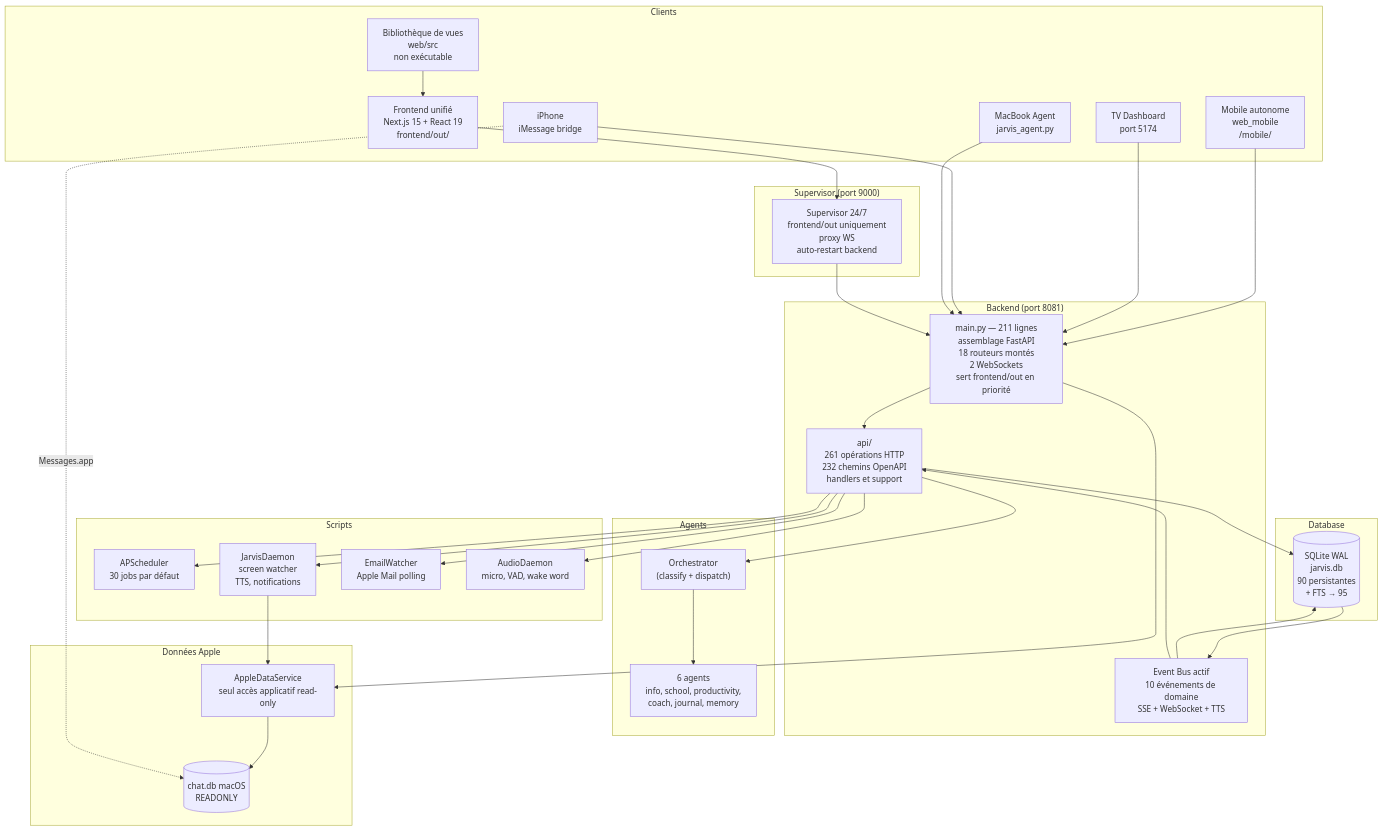
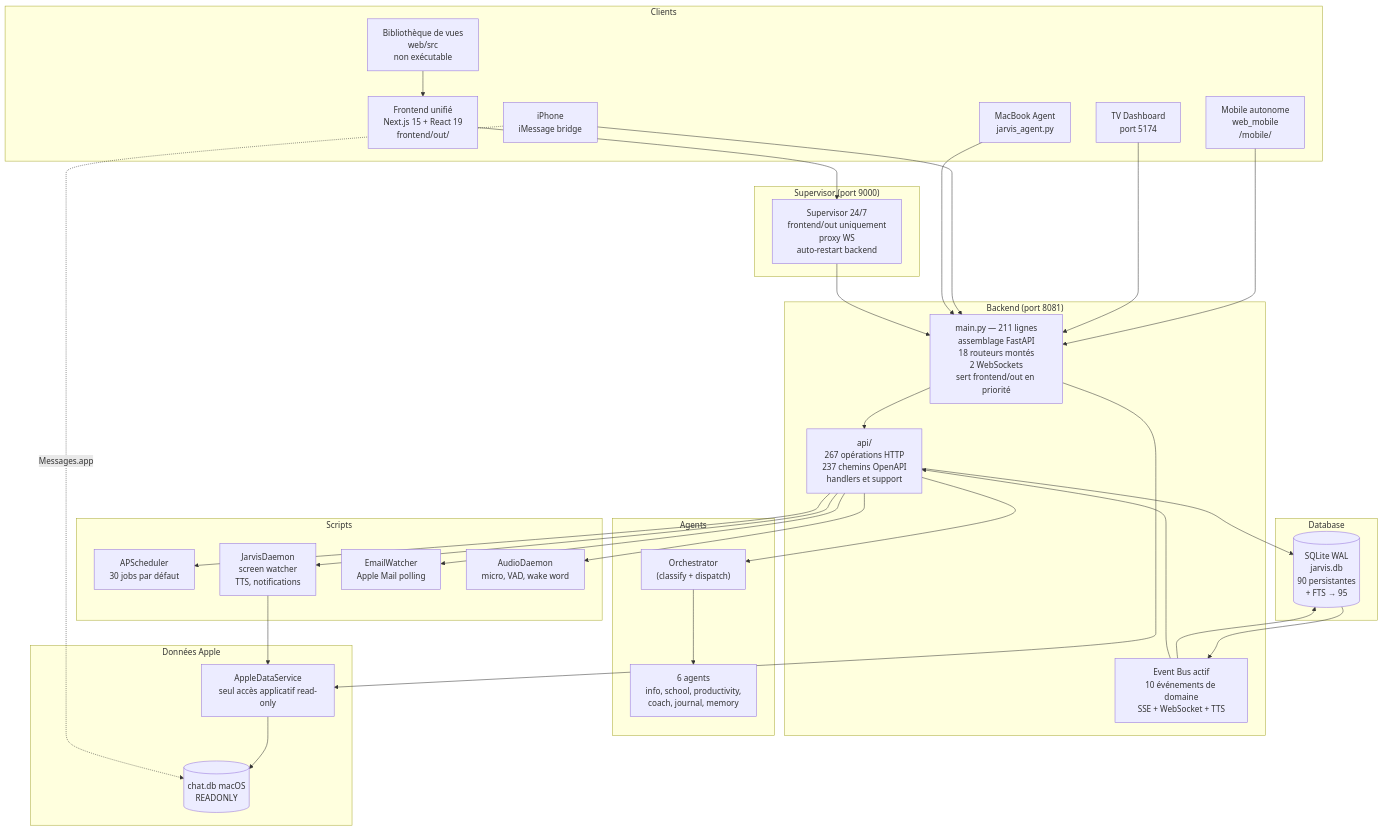
Before and after one commit to AVTAVANTTOUT2/JarvisAPI: the first of 2 diagrams in Architecture/INDEX.md, drawn with Mermaid. The commit also changed other lines of this file and 26 other files, not shown here.

````diff
--- a/Architecture/INDEX.md
+++ b/Architecture/INDEX.md
@@ -113,65 +113,65 @@
 ```mermaid
 graph TB
     subgraph "Clients"
         FRONT["Frontend unifié<br/>Next.js 15 + React 19<br/>frontend/out/"]
         VIEWS["Bibliothèque de vues<br/>web/src<br/>non exécutable"]
         MOBILE["Mobile autonome<br/>web_mobile<br/>/mobile/"]
         TV["TV Dashboard<br/>port 5174"]
         IMESSAGE["iPhone<br/>iMessage bridge"]
         AGENT["MacBook Agent<br/>jarvis_agent.py"]
     end
 
     subgraph "Supervisor (port 9000)"
         SUP["Supervisor 24/7<br/>frontend/out uniquement<br/>proxy WS<br/>auto-restart backend"]
     end
 
     subgraph "Backend (port 8081)"
         MAIN["main.py — 211 lignes<br/>assemblage FastAPI<br/>18 routeurs montés<br/>2 WebSockets<br/>sert frontend/out en priorité"]
-        API["api/<br/>261 opérations HTTP<br/>232 chemins OpenAPI<br/>handlers et support"]
+        API["api/<br/>267 opérations HTTP<br/>237 chemins OpenAPI<br/>handlers et support"]
         BUS["Event Bus actif<br/>10 événements de domaine<br/>SSE + WebSocket + TTS"]
     end
 
     subgraph "Agents"
         ORCH["Orchestrator<br/>(classify + dispatch)"]
         AG["6 agents<br/>info, school, productivity,<br/>coach, journal, memory"]
     end
 
     subgraph "Database"
         DB[(SQLite WAL<br/>jarvis.db<br/>90 persistantes<br/>+ FTS → 95)]
     end
 
     subgraph "Données Apple"
         APPLE["AppleDataService<br/>seul accès applicatif read-only"]
         CHATDB[(chat.db macOS<br/>READONLY)]
     end
 
     subgraph "Scripts"
         SCHED["APScheduler<br/>30 jobs par défaut"]
         DAEMON["JarvisDaemon<br/>screen watcher<br/>TTS, notifications"]
         EMAILW["EmailWatcher<br/>Apple Mail polling"]
         AUDIOD["AudioDaemon<br/>micro, VAD, wake word"]
     end
 
     FRONT --> SUP
     VIEWS --> FRONT
     MOBILE --> MAIN
     TV --> MAIN
     IMESSAGE --> MAIN
     AGENT --> MAIN
     SUP --> MAIN
     MAIN --> API
     API --> ORCH
     ORCH --> AG
     API --> DB
     DB --> BUS
     BUS --> DB
     BUS --> API
     API --> SCHED
     API --> DAEMON
     API --> EMAILW
     API --> AUDIOD
     MAIN --> APPLE
     DAEMON --> APPLE
     APPLE --> CHATDB
     IMESSAGE -. "Messages.app" .-> CHATDB
 ```
````
